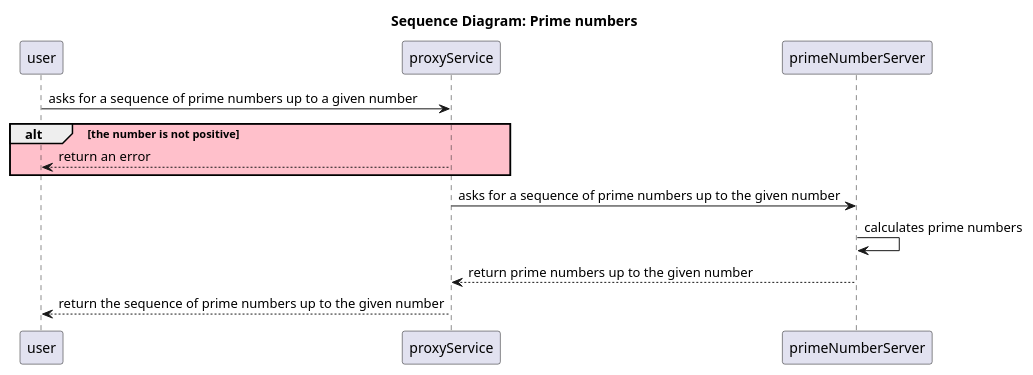
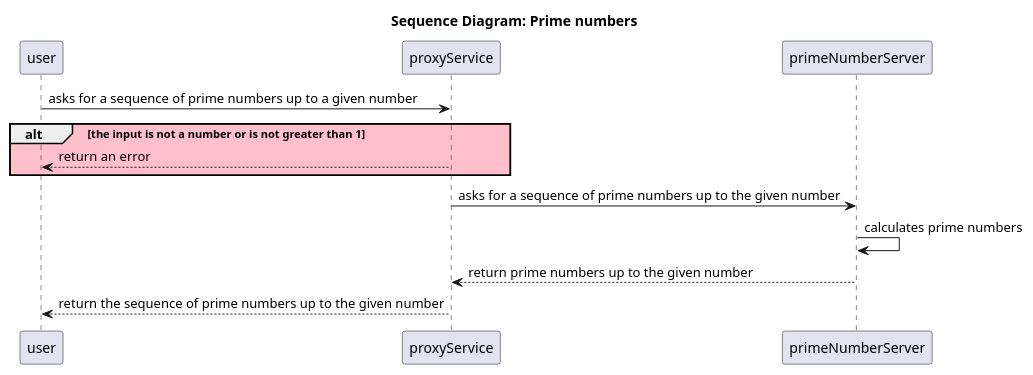
One commit to sallareznov/optimus-prime changed the diagram in doc/sequence-diagram.puml. Above: the diagram before and after it, drawn with PlantUML.

Commit message:
doc: fix sequence diagram

```diff
--- a/doc/sequence-diagram.puml
+++ b/doc/sequence-diagram.puml
@@ -1,12 +1,12 @@
 @startuml
 title Sequence Diagram: Prime numbers
 
 user->proxyService: asks for a sequence of prime numbers up to a given number
-alt #pink the number is not positive
+alt #pink the input is not a number or is not greater than 1
 proxyService-->user: return an error
 end
 proxyService->primeNumberServer: asks for a sequence of prime numbers up to the given number
 primeNumberServer->primeNumberServer: calculates prime numbers
 primeNumberServer-->proxyService: return prime numbers up to the given number
 proxyService-->user: return the sequence of prime numbers up to the given number
 @enduml
```
